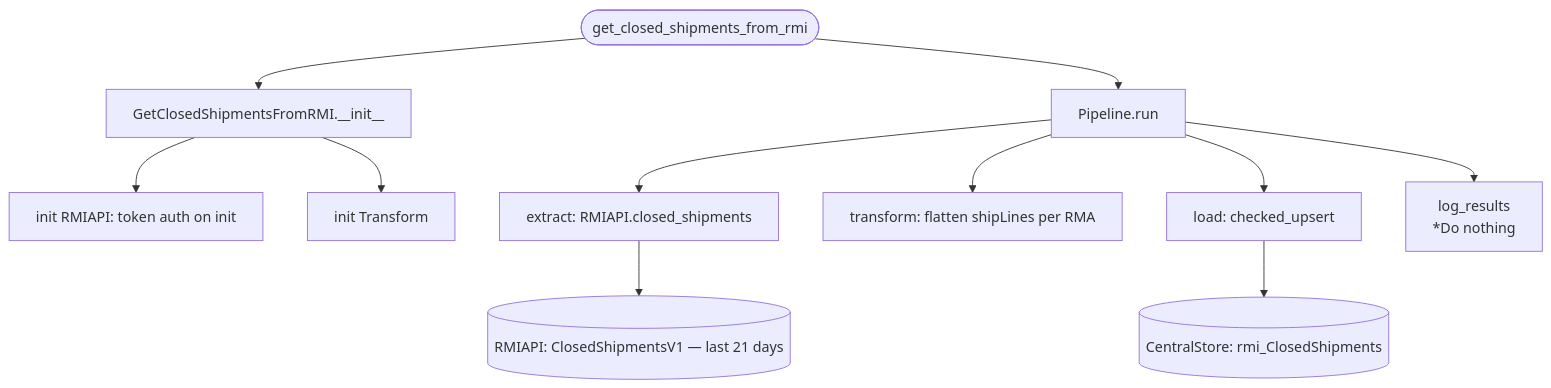
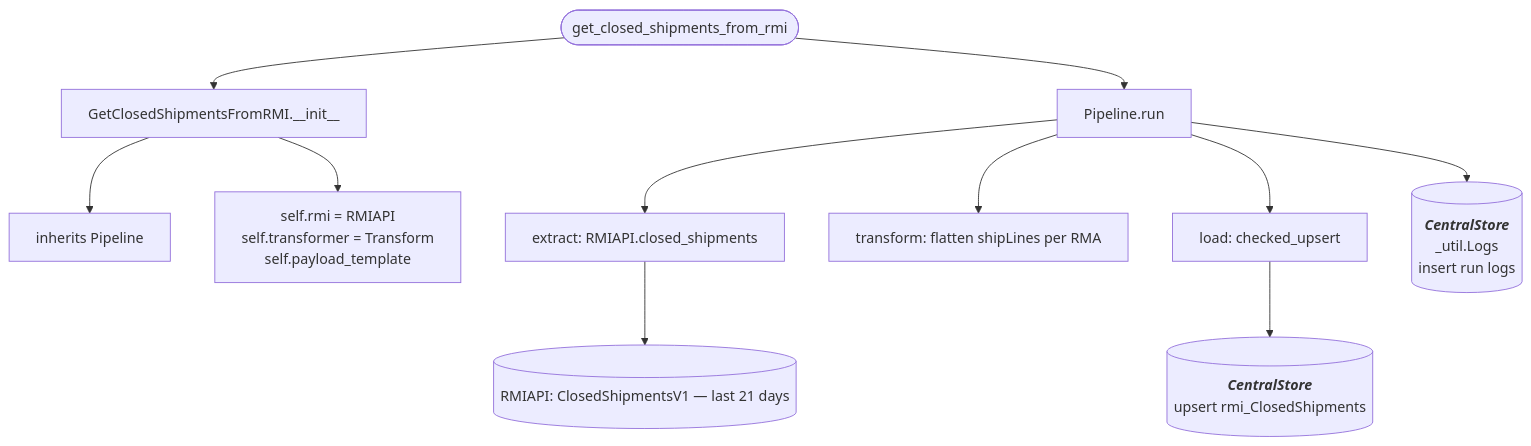
One commit to journeyhl/integration-platform changed the second of 4 diagrams in docs/functions/rmi_data_retrieval_pipeline.md. Above: the diagram before and after it, drawn with Mermaid. The commit also changed other lines of this file and 42 other files, not shown here.

````diff
--- a/docs/functions/rmi_data_retrieval_pipeline.md
+++ b/docs/functions/rmi_data_retrieval_pipeline.md
@@ -31,18 +30,28 @@
 ```mermaid
 %%{init: {"flowchart": {"wrappingWidth": 400}}}%%
 flowchart TD
     A([get_closed_shipments_from_rmi]) --> B[GetClosedShipmentsFromRMI.__init__]
-    B --> B1[init RMIAPI: token auth on init]
-    B --> B2[init Transform]
+    B --> B1[inherits Pipeline]
+    B --> B2[
+        self.rmi = RMIAPI
+        self.transformer = Transform
+        self.payload_template
+    ]
     A --> RUN[Pipeline.run]
 
     RUN --> EX[extract: RMIAPI.closed_shipments]
     EX --> D1[(RMIAPI: ClosedShipmentsV1 — last 21 days)]
 
     RUN --> TR[transform: flatten shipLines per RMA]
 
     RUN --> LD[load: checked_upsert]
-    LD --> CS1[(CentralStore: rmi_ClosedShipments)]
+    LD --> CS1[(
+        <b><i>CentralStore</i></b>
+        upsert rmi_ClosedShipments
+    )]
 
-    RUN --> LR[log_results<br/>*Do nothing]
+    RUN --> LOGS[(
+        <b><i>CentralStore</i></b>
+        _util.Logs<br/>insert run logs
+    )]
 ```
````
